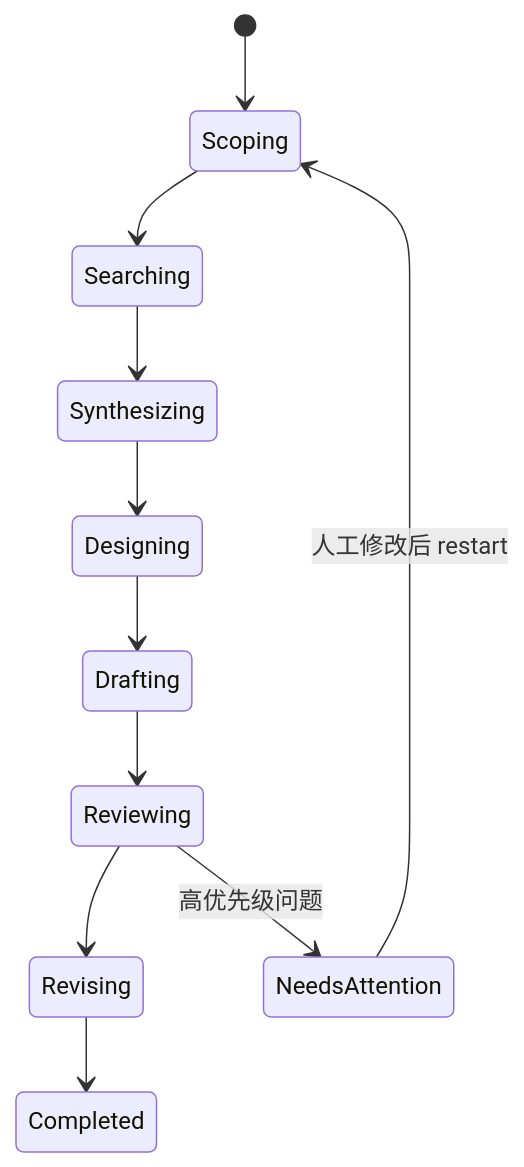
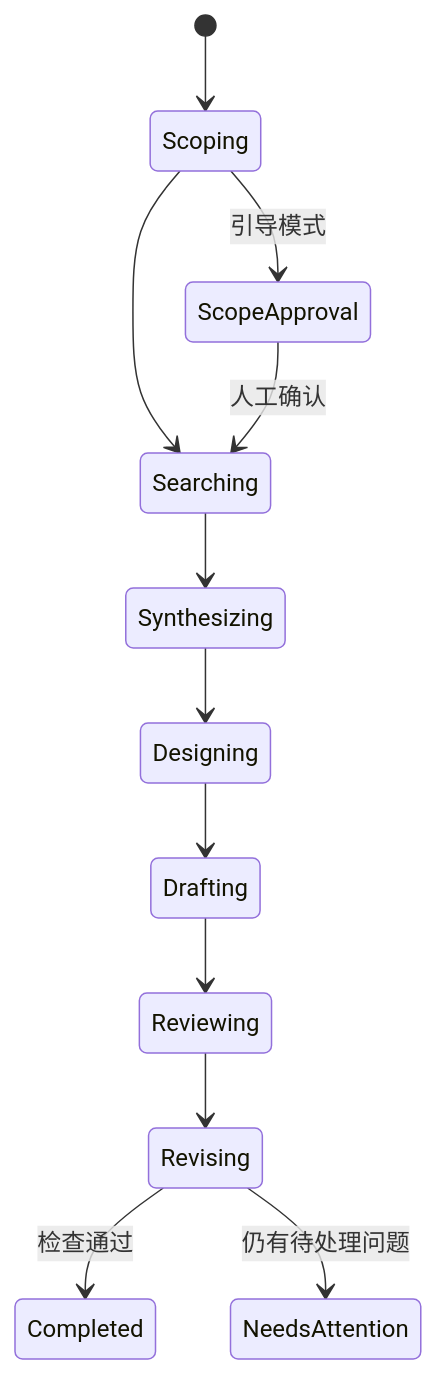
One commit to lyufeiyu/scholaros changed the second of 3 diagrams in docs/zh-CN/architecture.md. Above: the diagram before and after it, drawn with Mermaid. The commit also changed other lines of this file and 20 other files, not shown here.

````diff
--- a/docs/zh-CN/architecture.md
+++ b/docs/zh-CN/architecture.md
@@ -30,13 +30,14 @@
 ```mermaid
 stateDiagram-v2
     [*] --> Scoping
     Scoping --> Searching
     Searching --> Synthesizing
     Synthesizing --> Designing
     Designing --> Drafting
     Drafting --> Reviewing
     Reviewing --> Revising
-    Revising --> Completed
-    Reviewing --> NeedsAttention: 高优先级问题
-    NeedsAttention --> Scoping: 人工修改后 restart
+    Revising --> Completed: 检查通过
+    Revising --> NeedsAttention: 仍有待处理问题
+    Scoping --> ScopeApproval: 引导模式
+    ScopeApproval --> Searching: 人工确认
 ```
````
